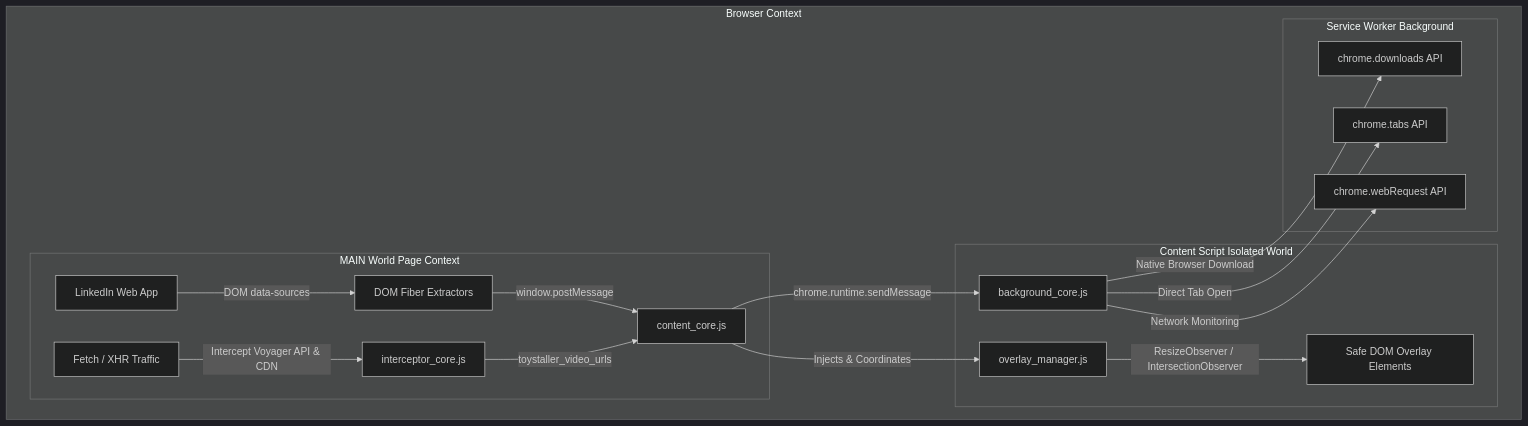
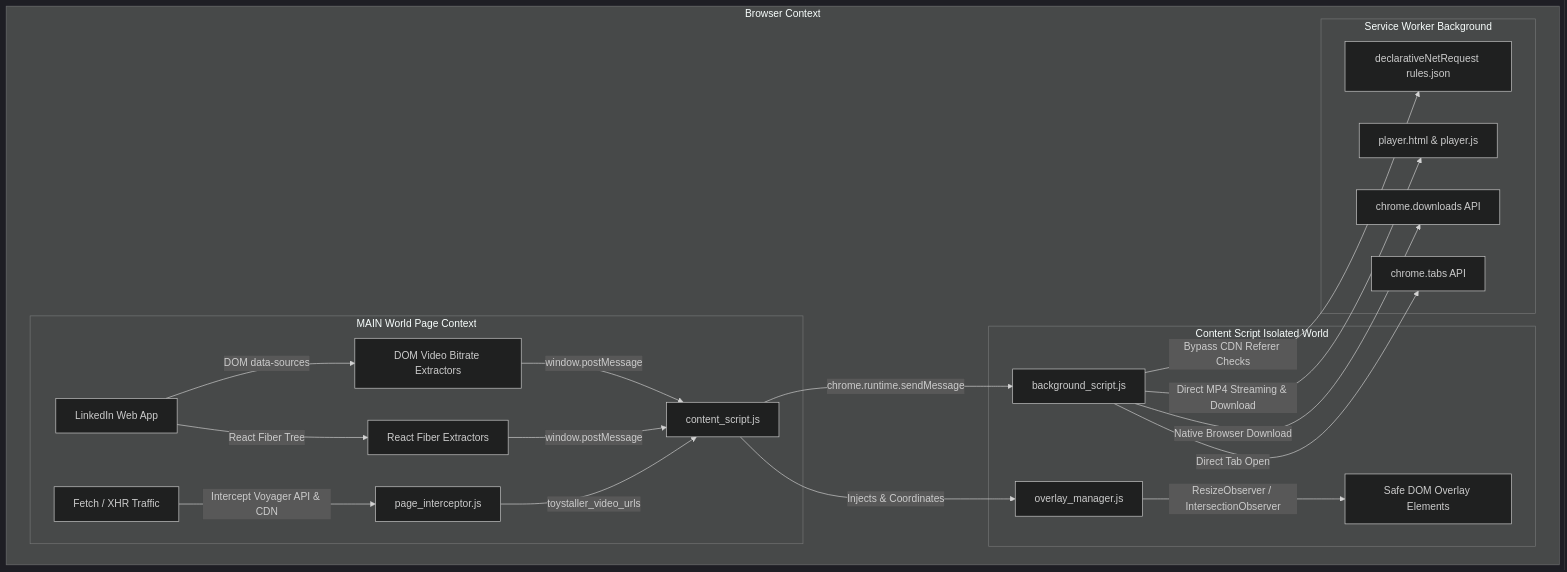
Before and after one commit to SudiptaSanki/Toystaller-LinkedIn: the diagram in README.md, drawn with Mermaid (dark theme). The commit also changed other lines of this file and 37 other files, not shown here.

````diff
--- a/README.md
+++ b/README.md
@@ -50,23 +73,26 @@
 ```mermaid
 flowchart TD
     subgraph Browser Context
         subgraph MAIN World Page Context
-            P[LinkedIn Web App] -->|DOM data-sources| DF[DOM Fiber Extractors]
-            N[Fetch / XHR Traffic] -->|Intercept Voyager API & CDN| PI[interceptor_core.js]
+            P[LinkedIn Web App] -->|DOM data-sources| DF[DOM Video Bitrate Extractors]
+            P -->|React Fiber Tree| RF[React Fiber Extractors]
+            N[Fetch / XHR Traffic] -->|Intercept Voyager API & CDN| PI[page_interceptor.js]
             DF -->|window.postMessage| CS
+            RF -->|window.postMessage| CS
             PI -->|toystaller_video_urls| CS
         end
 
         subgraph Content Script Isolated World
-            CS[content_core.js] -->|Injects & Coordinates| OM[overlay_manager.js]
+            CS[content_script.js] -->|Injects & Coordinates| OM[overlay_manager.js]
             OM -->|ResizeObserver / IntersectionObserver| DOM[Safe DOM Overlay Elements]
-            CS -->|chrome.runtime.sendMessage| BG[background_core.js]
+            CS -->|chrome.runtime.sendMessage| BG[background_script.js]
         end
 
         subgraph Service Worker Background
+            BG -->|Bypass CDN Referer Checks| DNR[declarativeNetRequest rules.json]
+            BG -->|Direct MP4 Streaming & Download| PL[player.html & player.js]
             BG -->|Native Browser Download| DL[chrome.downloads API]
             BG -->|Direct Tab Open| TABS[chrome.tabs API]
-            BG -->|Network Monitoring| WR[chrome.webRequest API]
         end
     end
 ```
````
